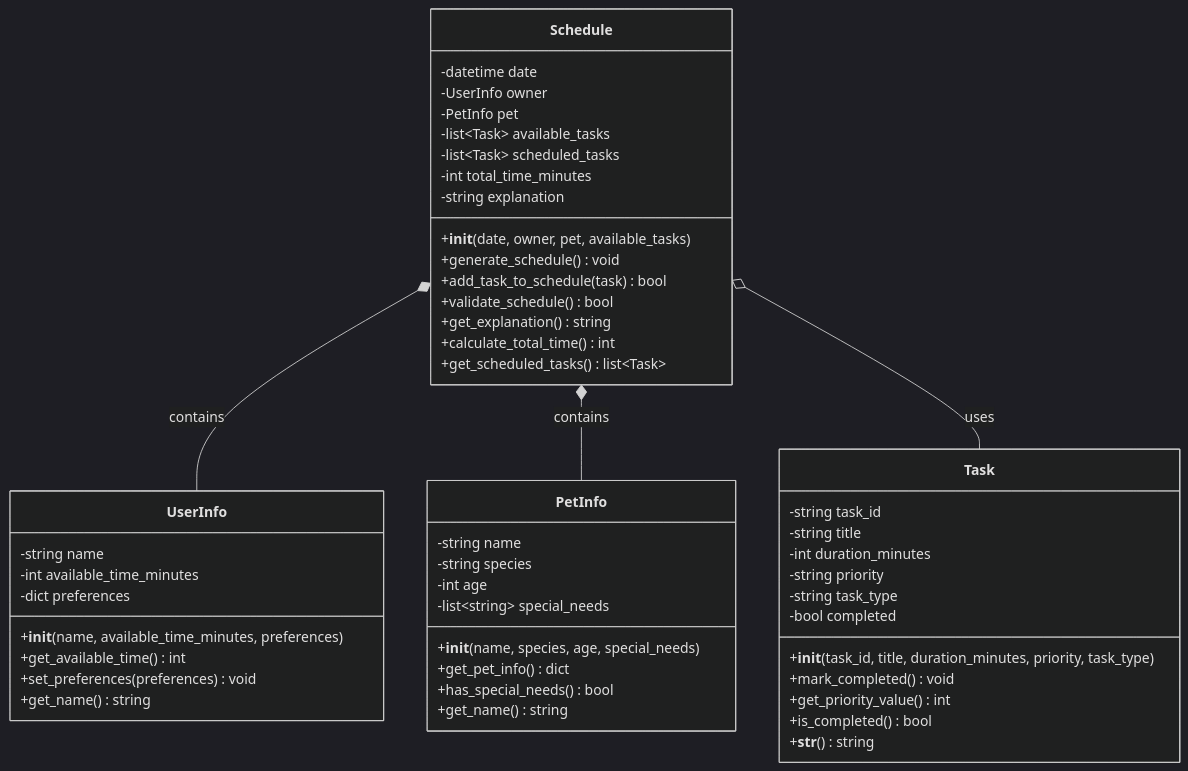
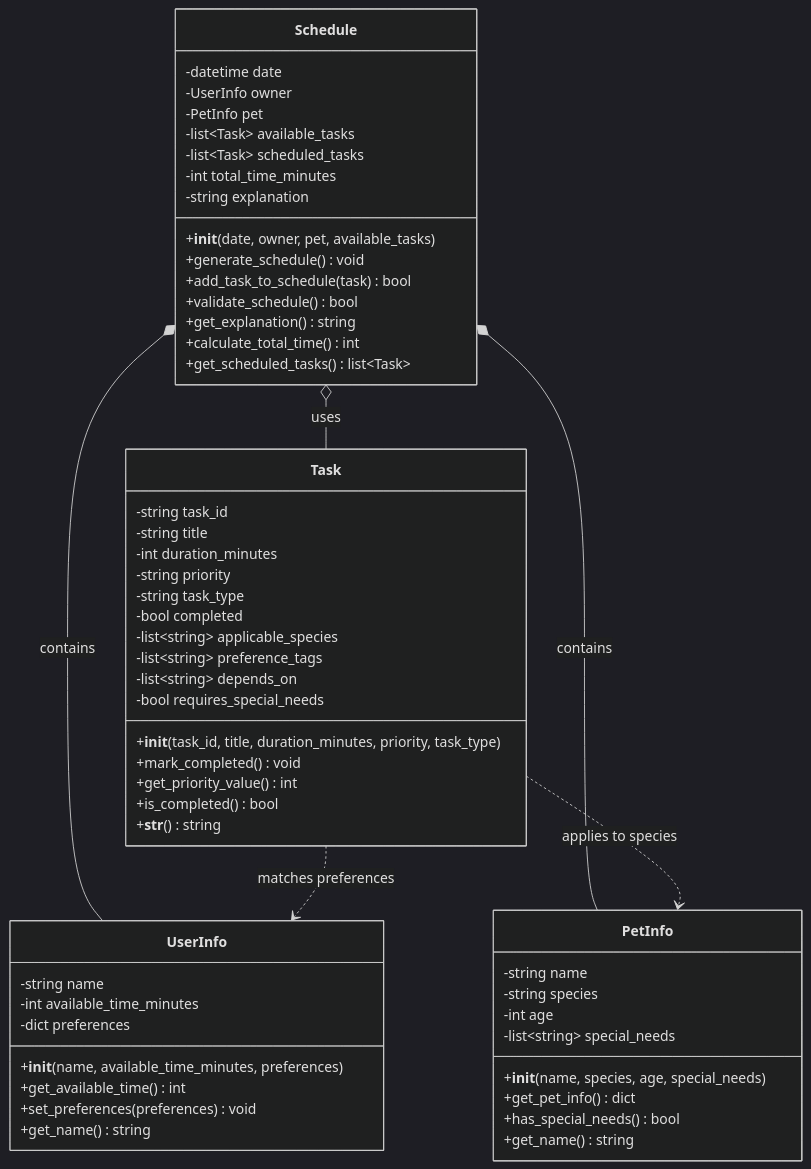
The diagram in class_diagram.md (ChrisReid27/ai110-module2show-pawpal-starter), drawn with Mermaid (dark theme) before and after one commit. The commit also changed 1 other file, not shown here.

Commit message:
Implement scheduling and expand Task/Pet models
Fill in previously stubbed methods and extend data models: add Optional typing import, implement UserInfo and PetInfo accessors, flesh out Task with description, frequency, applicable_species, preference_tags, depends_on, requires_special_needs and related behaviors. Implement Schedule generation, add_task_to_schedule, validation, calculation and explanation logic including preference/avoid rules, dependency handling, species/special-needs checks and prioritized sorting. Add Pet, Owner and Scheduler helper classes for managing pets and tasks. Also update class_diagram.md to reflect new Task fields and relationships.

````diff
--- a/class_diagram.md
+++ b/class_diagram.md
@@ -5,58 +5,64 @@
 ```mermaid
 classDiagram
     class UserInfo {
         -string name
         -int available_time_minutes
         -dict preferences
         +__init__(name, available_time_minutes, preferences)
         +get_available_time() int
         +set_preferences(preferences) void
         +get_name() string
     }
 
     class PetInfo {
         -string name
         -string species
         -int age
         -list~string~ special_needs
         +__init__(name, species, age, special_needs)
         +get_pet_info() dict
         +has_special_needs() bool
         +get_name() string
     }
 
     class Task {
         -string task_id
         -string title
         -int duration_minutes
         -string priority
         -string task_type
         -bool completed
+        -list~string~ applicable_species
+        -list~string~ preference_tags
+        -list~string~ depends_on
+        -bool requires_special_needs
         +__init__(task_id, title, duration_minutes, priority, task_type)
         +mark_completed() void
         +get_priority_value() int
         +is_completed() bool
         +__str__() string
     }
 
     class Schedule {
         -datetime date
         -UserInfo owner
         -PetInfo pet
         -list~Task~ available_tasks
         -list~Task~ scheduled_tasks
         -int total_time_minutes
         -string explanation
         +__init__(date, owner, pet, available_tasks)
         +generate_schedule() void
         +add_task_to_schedule(task) bool
         +validate_schedule() bool
         +get_explanation() string
         +calculate_total_time() int
         +get_scheduled_tasks() list~Task~
     }
 
     Schedule *-- UserInfo : contains
     Schedule *-- PetInfo : contains
     Schedule o-- Task : uses
+    Task ..> PetInfo : applies to species
+    Task ..> UserInfo : matches preferences
 ```
````
